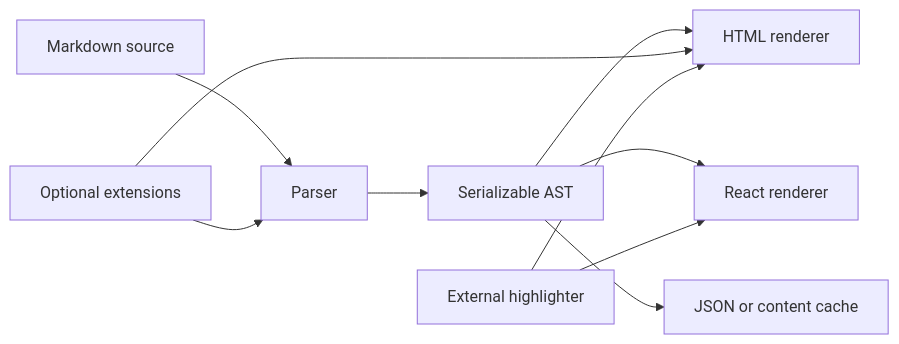
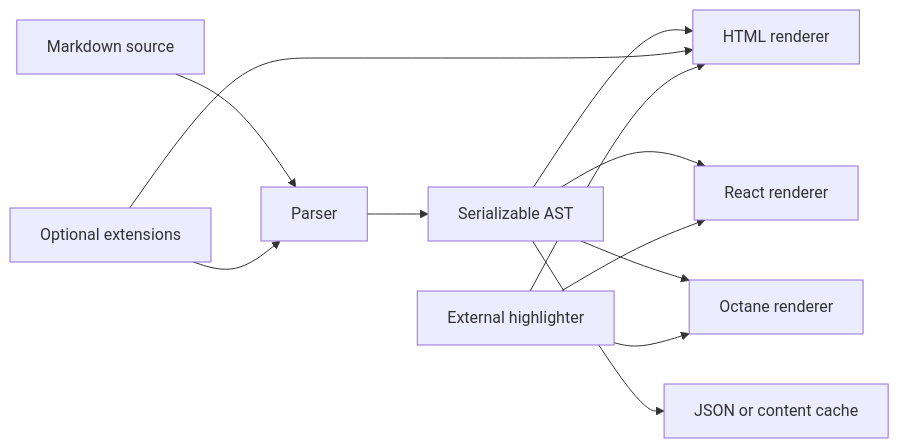
Before and after one commit to TanStack/markdown: the diagram in docs/project/architecture.md, drawn with Mermaid. The commit also changed other lines of this file and 32 other files, not shown here.

````diff
--- a/docs/project/architecture.md
+++ b/docs/project/architecture.md
@@ -9,12 +9,14 @@
 ```mermaid
 flowchart LR
   M["Markdown source"] --> P["Parser"]
   P --> A["Serializable AST"]
   A --> H["HTML renderer"]
   A --> R["React renderer"]
+  A --> O["Octane renderer"]
   A --> C["JSON or content cache"]
   E["Optional extensions"] --> P
   E --> H
   X["External highlighter"] --> H
   X --> R
+  X --> O
 ```
````
